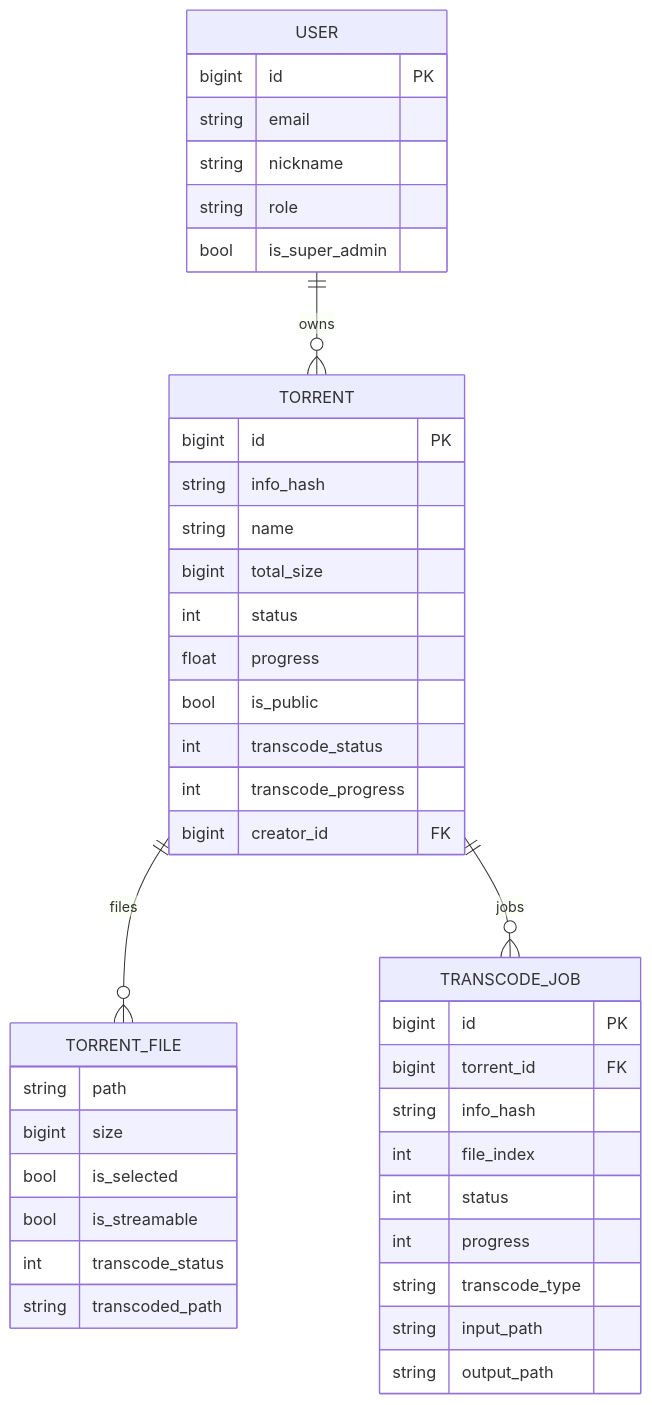
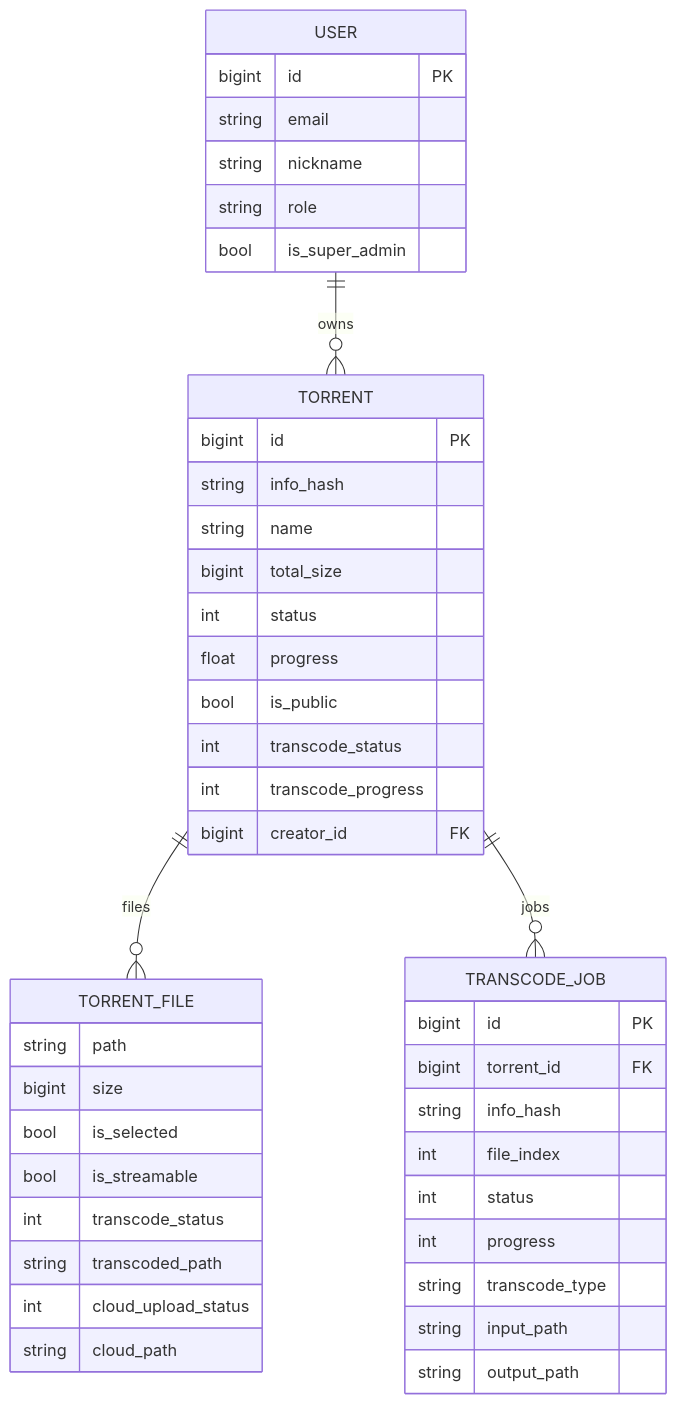
The second of 3 diagrams in CLAUDE.md (JackYinpei/magnet2video), drawn with Mermaid before and after one commit. The commit also changed other lines of this file and 23 other files, not shown here.

````diff
--- a/CLAUDE.md
+++ b/CLAUDE.md
@@ -367,48 +410,50 @@
 ```mermaid
 erDiagram
   USER ||--o{ TORRENT : owns
   TORRENT ||--o{ TORRENT_FILE : files
   TORRENT ||--o{ TRANSCODE_JOB : jobs
 
   USER {
     bigint id PK
     string email
     string nickname
     string role
     bool is_super_admin
   }
 
   TORRENT {
     bigint id PK
     string info_hash
     string name
     bigint total_size
     int status
     float progress
     bool is_public
     int transcode_status
     int transcode_progress
     bigint creator_id FK
   }
 
   TORRENT_FILE {
     string path
     bigint size
     bool is_selected
     bool is_streamable
     int transcode_status
     string transcoded_path
+    int cloud_upload_status
+    string cloud_path
   }
 
   TRANSCODE_JOB {
     bigint id PK
     bigint torrent_id FK
     string info_hash
     int file_index
     int status
     int progress
     string transcode_type
     string input_path
     string output_path
   }
 ```
````
